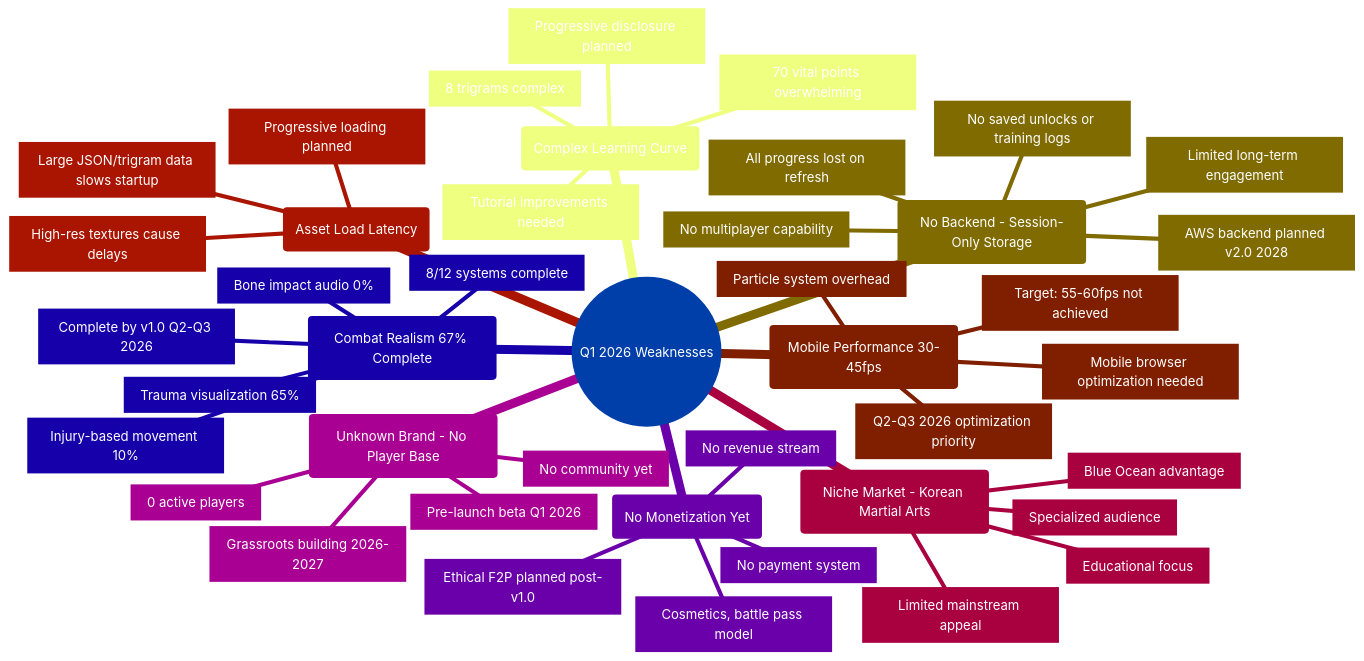
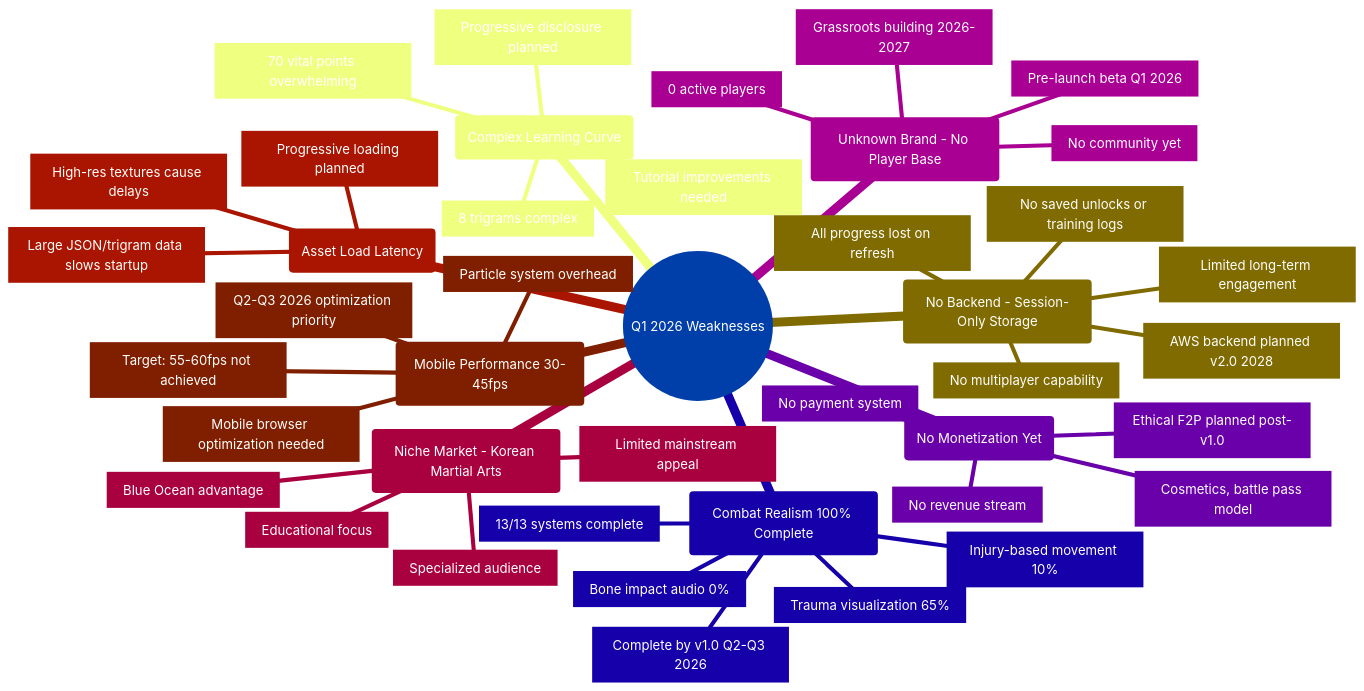
The fourth of 8 diagrams in SWOT.md (Hack23/blacktrigram), drawn with Mermaid before and after one commit. The commit also changed other lines of this file and 16 other files, not shown here.

````diff
--- a/SWOT.md
+++ b/SWOT.md
@@ -466,46 +466,46 @@
 ```mermaid
 %%{init: {'theme':'base', 'themeVariables': {'primaryColor':'#2979FF','primaryTextColor':'#fff','primaryBorderColor':'#0D47A1','lineColor':'#00C853','secondaryColor':'#FFD600','tertiaryColor':'#FF3D00'}}}%%
 mindmap
   root((Q1 2026 Weaknesses))
     id1(No Backend - Session-Only Storage)
       id1.1[All progress lost on refresh]
       id1.2[No saved unlocks or training logs]
       id1.3[No multiplayer capability]
       id1.4[Limited long-term engagement]
       id1.5[AWS backend planned v2.0 2028]
     id2(Mobile Performance 30-45fps)
       id2.1[Target: 55-60fps not achieved]
       id2.2[Mobile browser optimization needed]
       id2.3[Particle system overhead]
       id2.4[Q2-Q3 2026 optimization priority]
-    id3(Combat Realism 67% Complete)
-      id3.1[8/12 systems complete]
+    id3(Combat Realism 100% Complete)
+      id3.1[13/13 systems complete]
       id3.2[Injury-based movement 10%]
       id3.3[Bone impact audio 0%]
       id3.4[Trauma visualization 65%]
       id3.5[Complete by v1.0 Q2-Q3 2026]
     id4(No Monetization Yet)
       id4.1[No payment system]
       id4.2[No revenue stream]
       id4.3[Ethical F2P planned post-v1.0]
       id4.4[Cosmetics, battle pass model]
     id5(Unknown Brand - No Player Base)
       id5.1[Pre-launch beta Q1 2026]
       id5.2[0 active players]
       id5.3[No community yet]
       id5.4[Grassroots building 2026-2027]
     id6(Niche Market - Korean Martial Arts)
       id6.1[Specialized audience]
       id6.2[Limited mainstream appeal]
       id6.3[Educational focus]
       id6.4[Blue Ocean advantage]
     id7(Asset Load Latency)
       id7.1[Large JSON/trigram data slows startup]
       id7.2[High-res textures cause delays]
       id7.3[Progressive loading planned]
     id8(Complex Learning Curve)
       id8.1[70 vital points overwhelming]
       id8.2[8 trigrams complex]
       id8.3[Tutorial improvements needed]
       id8.4[Progressive disclosure planned]
 ```
````
